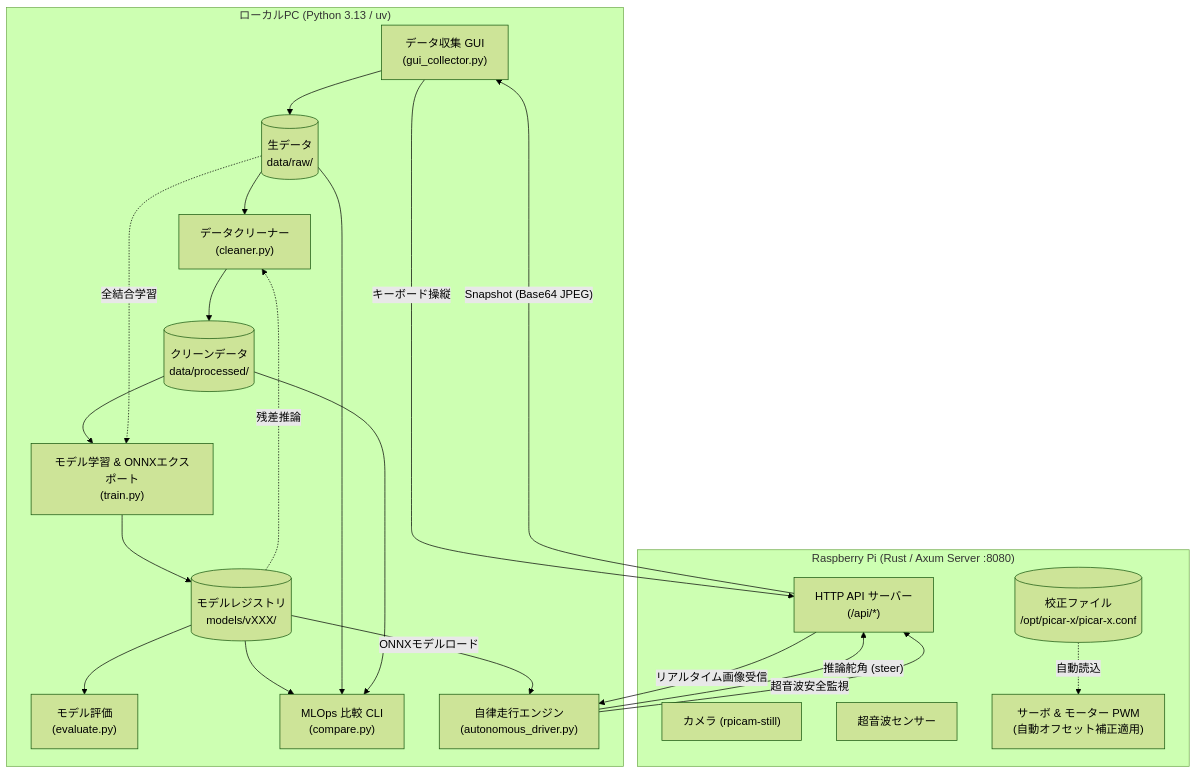
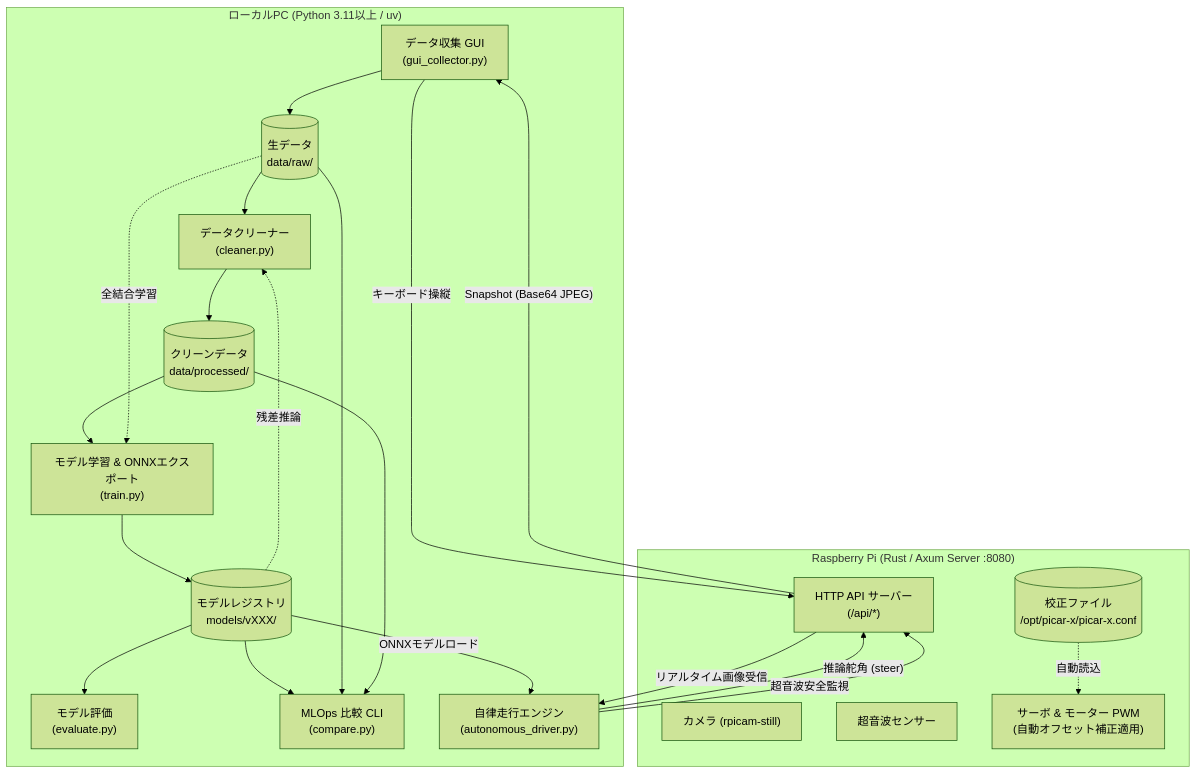
Before and after one commit to Yuyta/E2E_Driving_PicarX_rspi: the diagram in E2E_SPECIFICATION.md, drawn with Mermaid (forest theme). The commit also changed other lines of this file and 6 other files, not shown here.

First line of the commit message:
docs: align specs and roadmap with the implementation and project goal

````diff
--- a/E2E_SPECIFICATION.md
+++ b/E2E_SPECIFICATION.md
@@ -37,40 +38,40 @@
 ```mermaid
 flowchart TD
-    subgraph PC["ローカルPC (Python 3.13 / uv)"]
+    subgraph PC["ローカルPC (Python 3.11以上 / uv)"]
         GC["データ収集 GUI<br>(gui_collector.py)"]
         RawData[("生データ<br>data/raw/")]
         DC["データクリーナー<br>(cleaner.py)"]
         CleanData[("クリーンデータ<br>data/processed/")]
         TR["モデル学習 & ONNXエクスポート<br>(train.py)"]
         Models[("モデルレジストリ<br>models/vXXX/")]
         EV["モデル評価<br>(evaluate.py)"]
         CP["MLOps 比較 CLI<br>(compare.py)"]
         AD["自律走行エンジン<br>(autonomous_driver.py)"]
     end
 
     subgraph Pi["Raspberry Pi (Rust / Axum Server :8080)"]
         API["HTTP API サーバー<br>(/api/*)"]
         Calib[("校正ファイル<br>/opt/picar-x/picar-x.conf")]
         Cam["カメラ (rpicam-still)"]
         US["超音波センサー"]
         HW["サーボ & モーター PWM<br>(自動オフセット補正適用)"]
     end
 
     GC -- "キーボード操縦" --> API
     API -- "Snapshot (Base64 JPEG)" --> GC
     GC --> RawData
     RawData --> DC
     Models -. "残差推論" .-> DC
     DC --> CleanData
     CleanData --> TR
     RawData -. "全結合学習" .-> TR
     TR --> Models
     Models --> EV
     Models --> CP
     RawData & CleanData --> CP
     Models -- "ONNXモデルロード" --> AD
     API -- "リアルタイム画像受信" --> AD
     AD -- "推論舵角 (steer)" --> API
     AD -- "超音波安全監視" --> API
     Calib -. "自動読込" .-> HW
 ```
````
